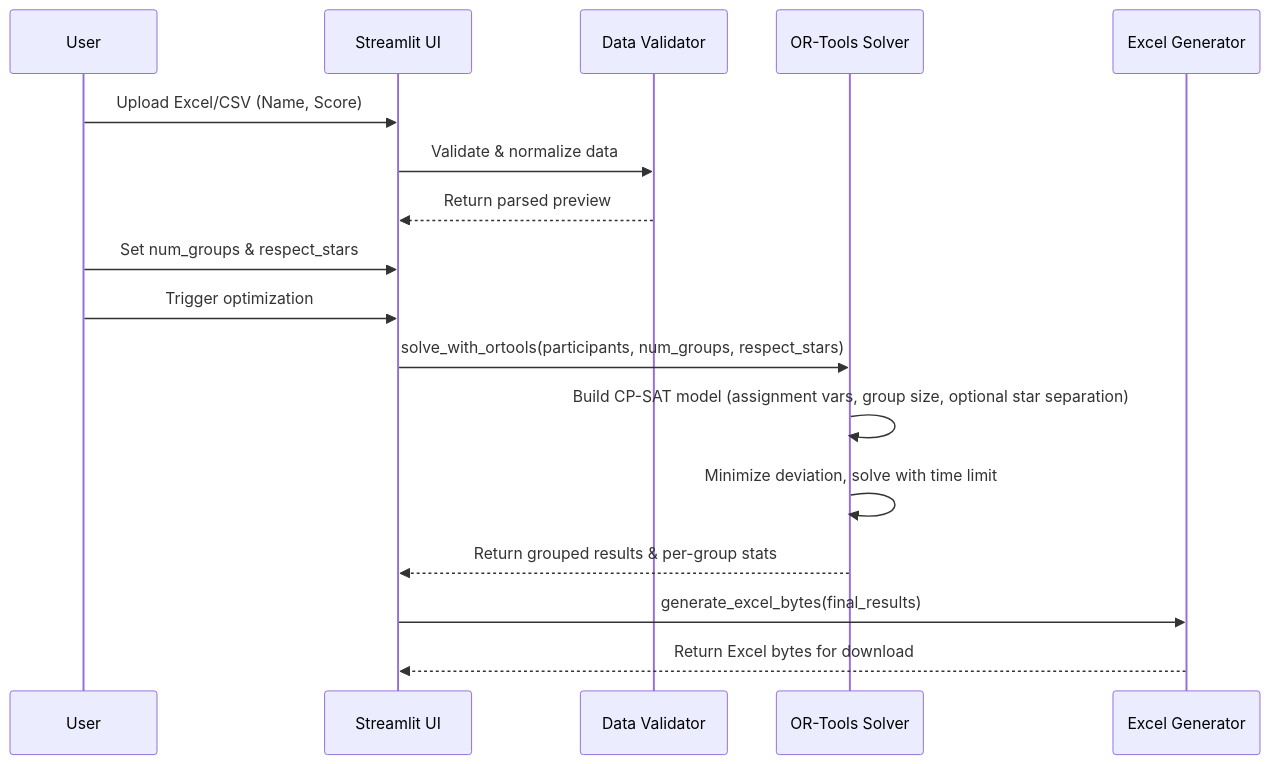
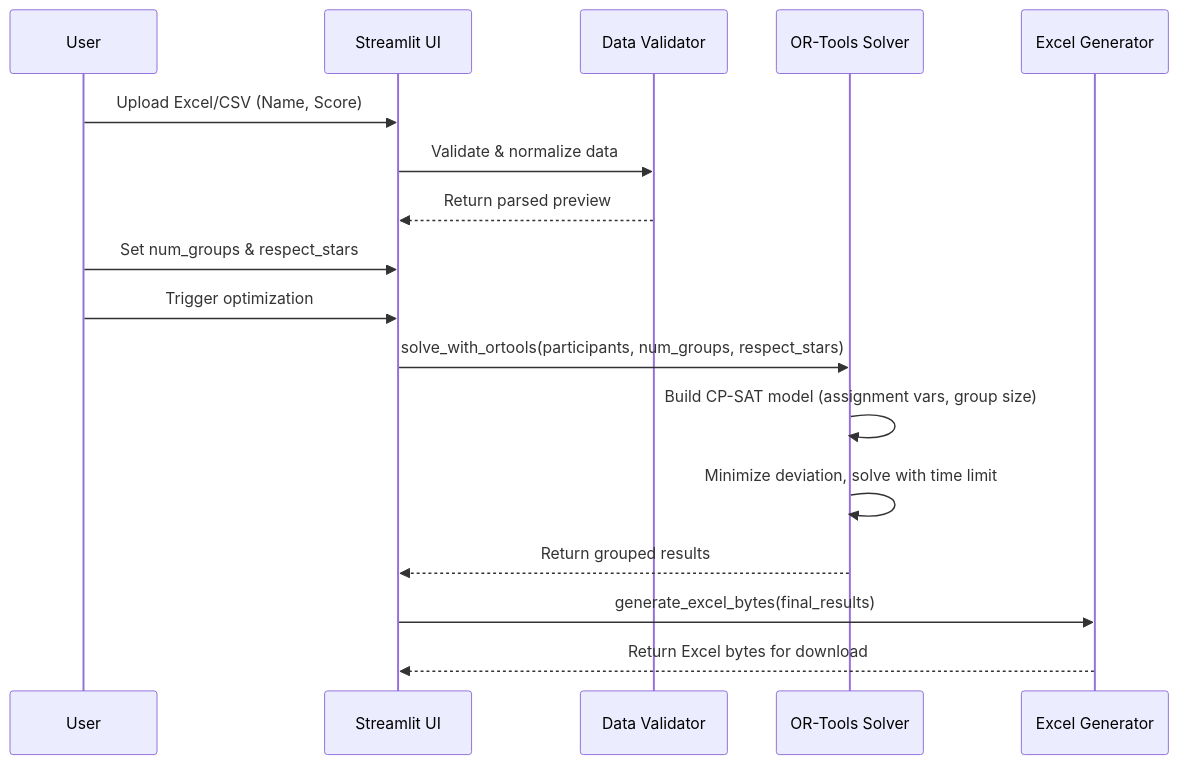
Before and after one commit to genes3e7/Group-Balancer: the diagram in README.md, drawn with Mermaid. The commit also changed other lines of this file, not shown here.

````diff
--- a/README.md
+++ b/README.md
@@ -25,20 +25,20 @@
 ```mermaid
 sequenceDiagram
     participant User as User
     participant UI as Streamlit UI
     participant Validator as Data Validator
     participant Optimizer as OR-Tools Solver
     participant ExcelGen as Excel Generator
 
     User->>UI: Upload Excel/CSV (Name, Score)
     UI->>Validator: Validate & normalize data
     Validator-->>UI: Return parsed preview
     User->>UI: Set num_groups & respect_stars
     User->>UI: Trigger optimization
     UI->>Optimizer: solve_with_ortools(participants, num_groups, respect_stars)
-    Optimizer->>Optimizer: Build CP-SAT model (assignment vars, group size, optional star separation)
+    Optimizer->>Optimizer: Build CP-SAT model (assignment vars, group size)
     Optimizer->>Optimizer: Minimize deviation, solve with time limit
-    Optimizer-->>UI: Return grouped results & per-group stats
+    Optimizer-->>UI: Return grouped results
     UI->>ExcelGen: generate_excel_bytes(final_results)
     ExcelGen-->>UI: Return Excel bytes for download
 ```
````
